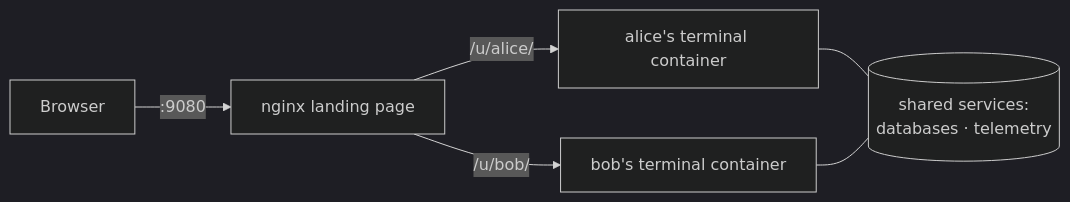
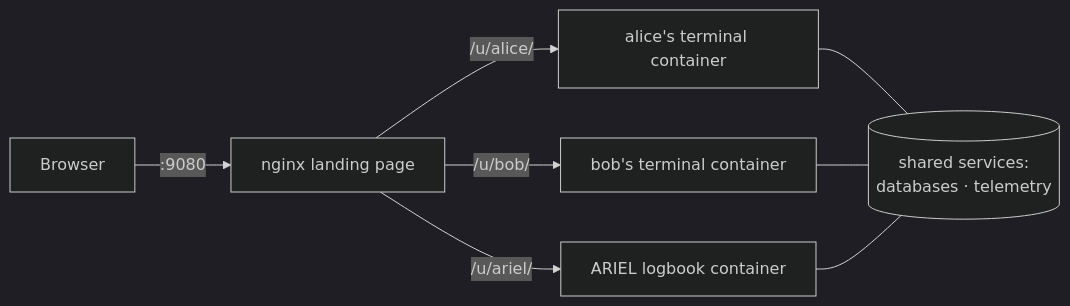
The diagram in latest/_sources/how-to/multi-user.rst (als-apg/osprey), drawn with Mermaid (dark theme) before and after one commit. The commit also changed other lines of this file and 21 other files, not shown here.

```diff
--- a/latest/_sources/how-to/multi-user.rst
+++ b/latest/_sources/how-to/multi-user.rst
@@ -57,8 +58,10 @@
 .. mermaid::
 
    flowchart LR
        B[Browser] -->|:9080| N[nginx landing page]
        N -->|/u/alice/| A[alice's terminal container]
        N -->|/u/bob/| Bo[bob's terminal container]
+       N -->|/u/ariel/| Ar[ARIEL logbook container]
        A --- S[(shared services:<br/>databases · telemetry)]
        Bo --- S
+       Ar --- S
```
